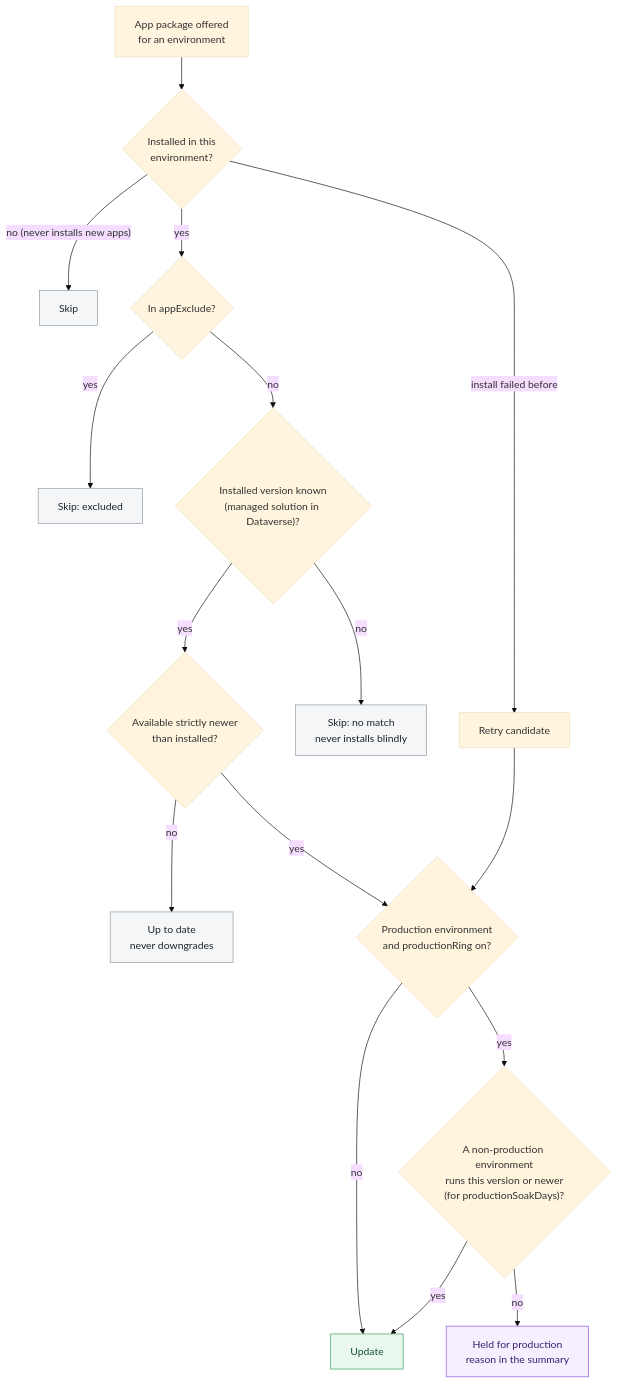
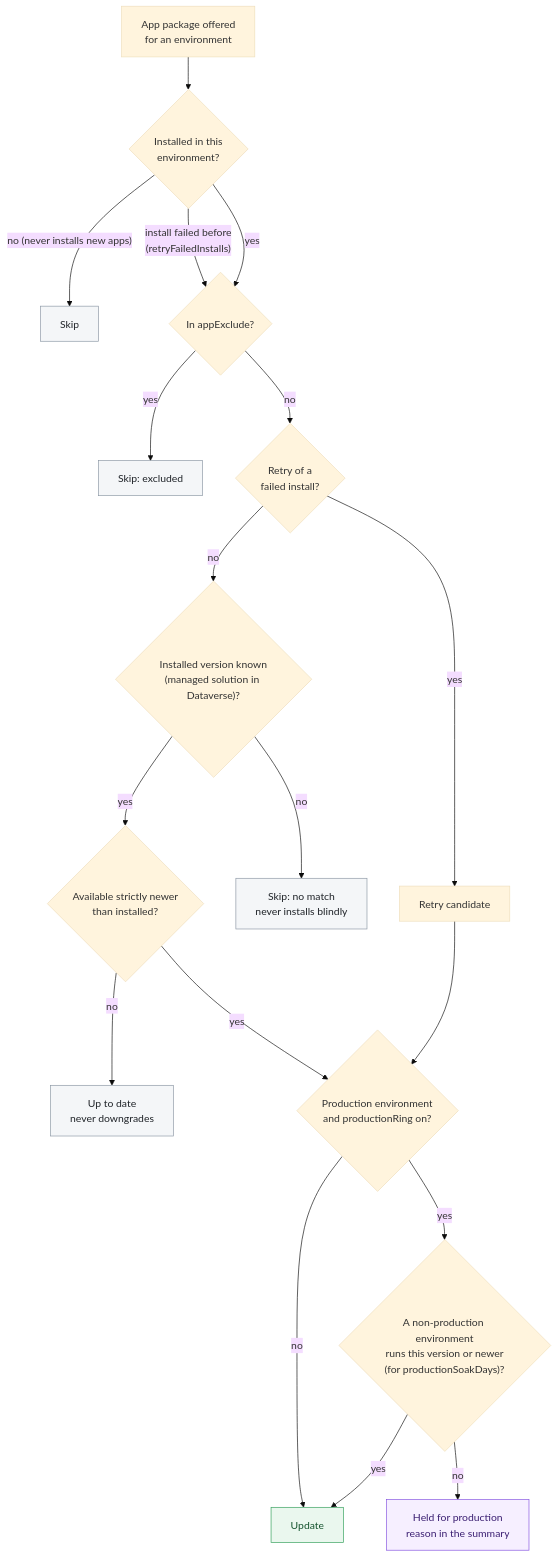
One commit to lazejanev/d365-tenant-app-updater changed the diagram in docs/diagrams/04-app-decision.mmd. Above: the diagram before and after it, drawn with Mermaid (base theme). The commit also changed 15 other files, not shown here.

```diff
--- a/docs/diagrams/04-app-decision.mmd
+++ b/docs/diagrams/04-app-decision.mmd
@@ -1,22 +1,24 @@
 flowchart TD
     A["App package offered<br/>for an environment"] --> B{"Installed in this<br/>environment?"}
     B -- "no (never installs new apps)" --> SKIP1["Skip"]
-    B -- "install failed before" --> RETRY["Retry candidate"]
+    B -- "install failed before<br/>(retryFailedInstalls)" --> C
     B -- yes --> C{"In appExclude?"}
     C -- yes --> SKIP2["Skip: excluded"]
-    C -- no --> D{"Installed version known<br/>(managed solution in Dataverse)?"}
+    C -- no --> R{"Retry of a<br/>failed install?"}
+    R -- yes --> RETRY["Retry candidate"]
+    R -- no --> D{"Installed version known<br/>(managed solution in Dataverse)?"}
     D -- no --> SKIP3["Skip: no match<br/>never installs blindly"]
     D -- yes --> F{"Available strictly newer<br/>than installed?"}
     F -- no --> CUR["Up to date<br/>never downgrades"]
     F -- yes --> G{"Production environment<br/>and productionRing on?"}
     RETRY --> G
     G -- no --> UPD["Update"]
     G -- yes --> H{"A non-production environment<br/>runs this version or newer<br/>(for productionSoakDays)?"}
     H -- yes --> UPD
     H -- no --> HOLD["Held for production<br/>reason in the summary"]
     classDef ok fill:#eaf7ee,stroke:#2f9e58,color:#14532d
     classDef hold fill:#f6efff,stroke:#8250df,color:#3b1f72
     classDef skip fill:#f4f6f8,stroke:#8a96a3,color:#1f2328
     class UPD ok
     class HOLD hold
     class SKIP1,SKIP2,SKIP3,CUR skip
```
